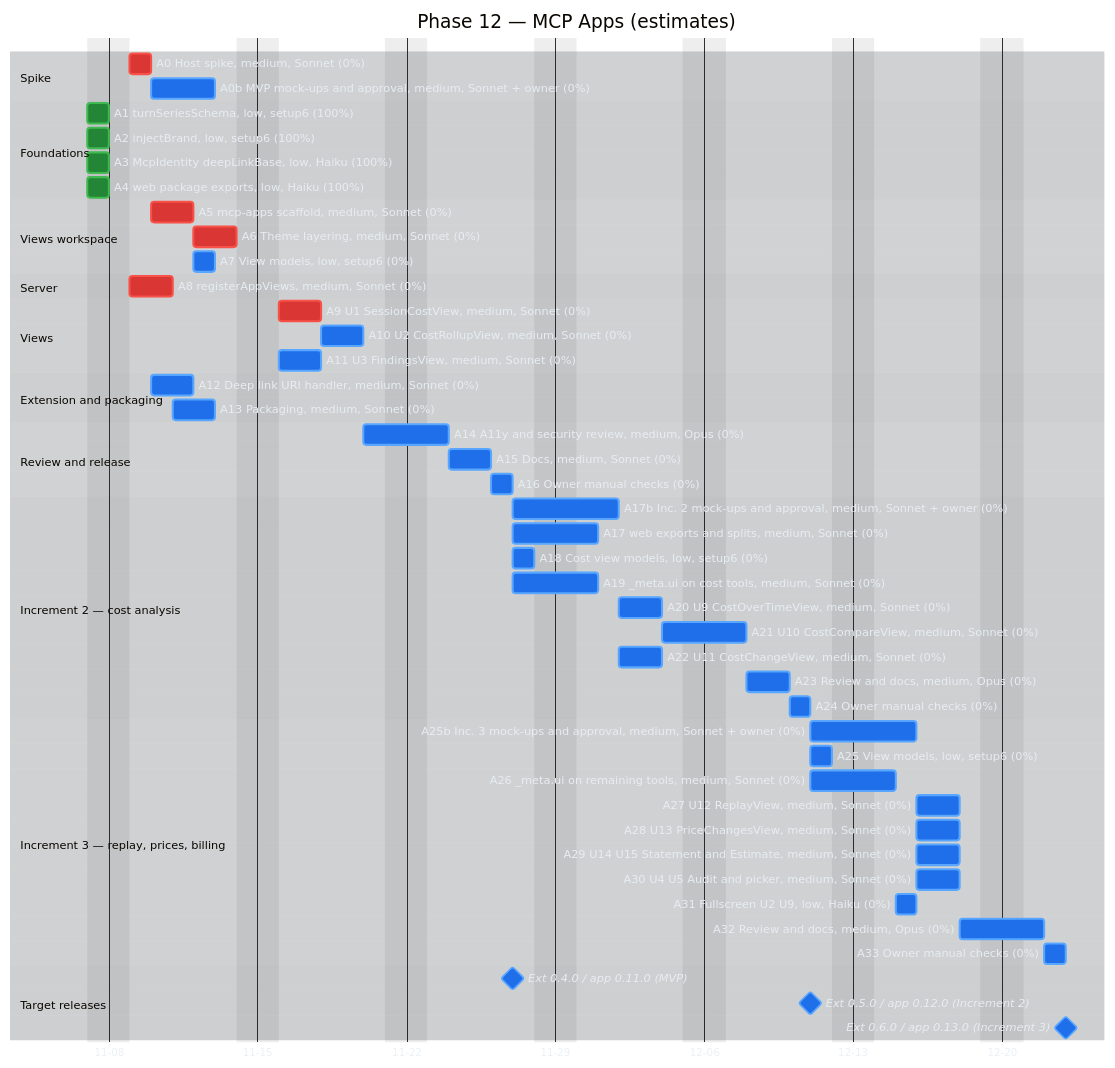
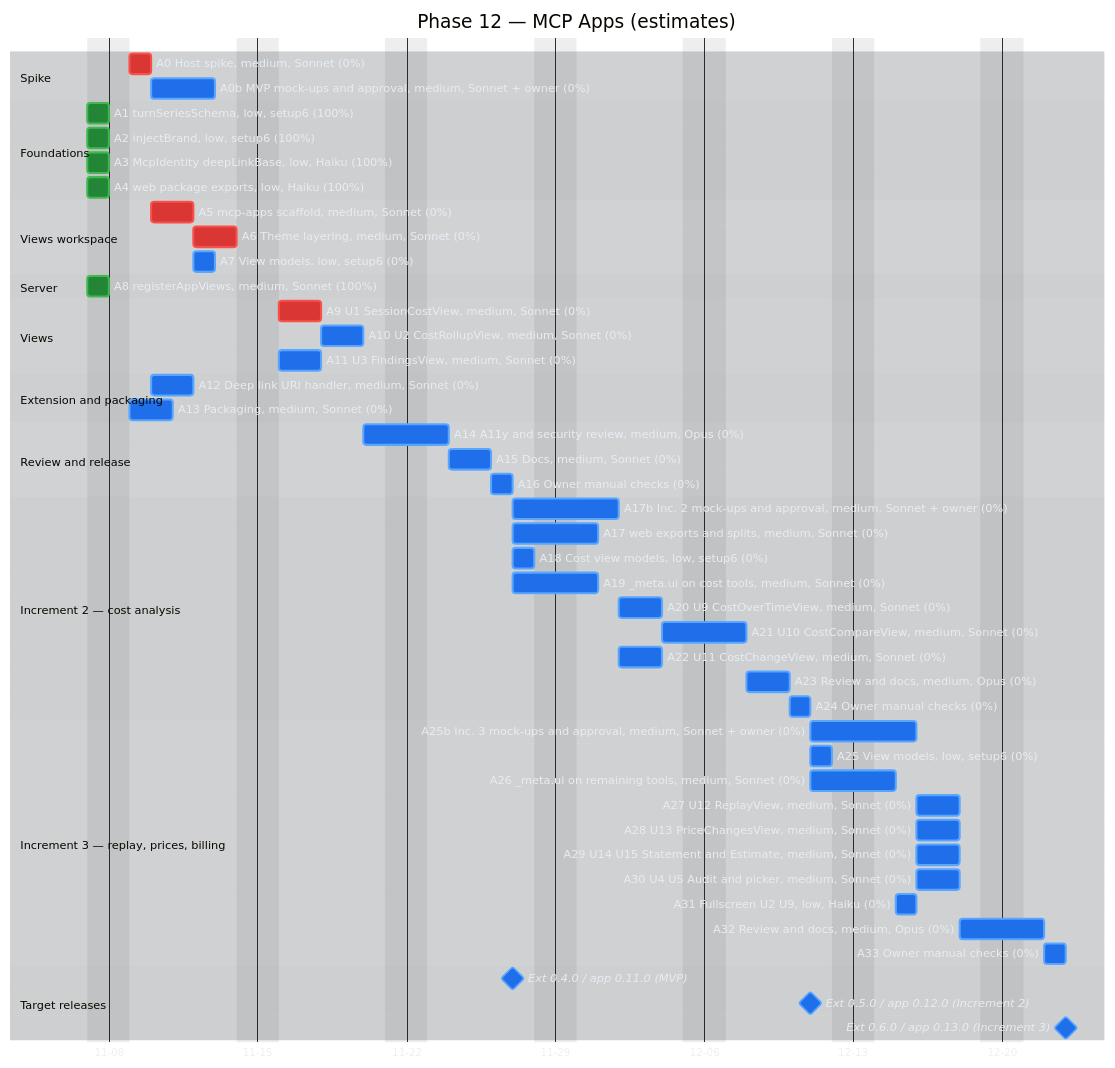
One commit to raulkivi/agent-cost-analyzer changed the second of 3 diagrams in docs/implementation-plan-gantt.md. Above: the diagram before and after it, drawn with Mermaid. The commit also changed other lines of this file and 11 other files, not shown here.

First line of the commit message:
Phase 12 A8: registerAppViews, get_turn_series and _meta.ui on the MVP tools (#178)

```diff
--- a/docs/implementation-plan-gantt.md
+++ b/docs/implementation-plan-gantt.md
@@ -166,7 +168,7 @@
     A7 View models, low, setup6 (0%)             :a7, after a1 a5, 1d
 
     section Server
-    A8 registerAppViews, medium, Sonnet (0%)     :crit, a8, after a1 a2 a3, 2d
+    A8 registerAppViews, medium, Sonnet (100%)   :done, a8, 2026-11-07, 1d
 
     section Views
     A9 U1 SessionCostView, medium, Sonnet (0%)   :crit, a9, after a0b a6 a7 a8, 2d
```
